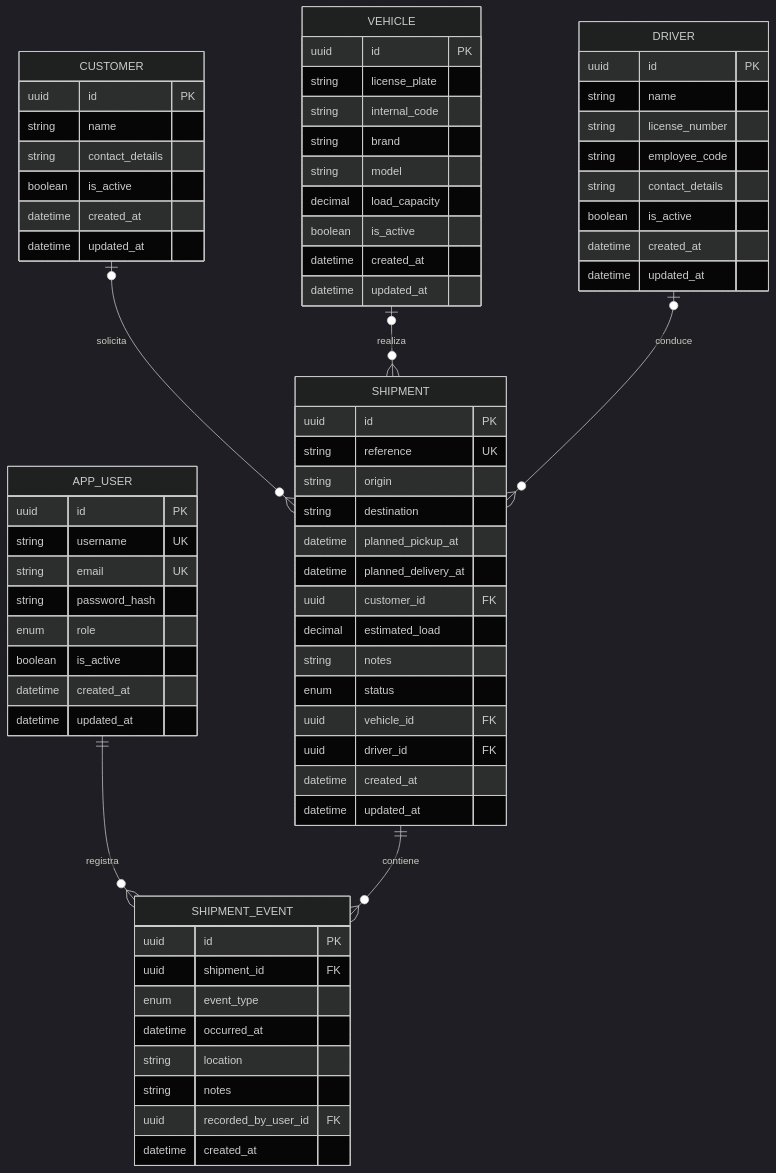
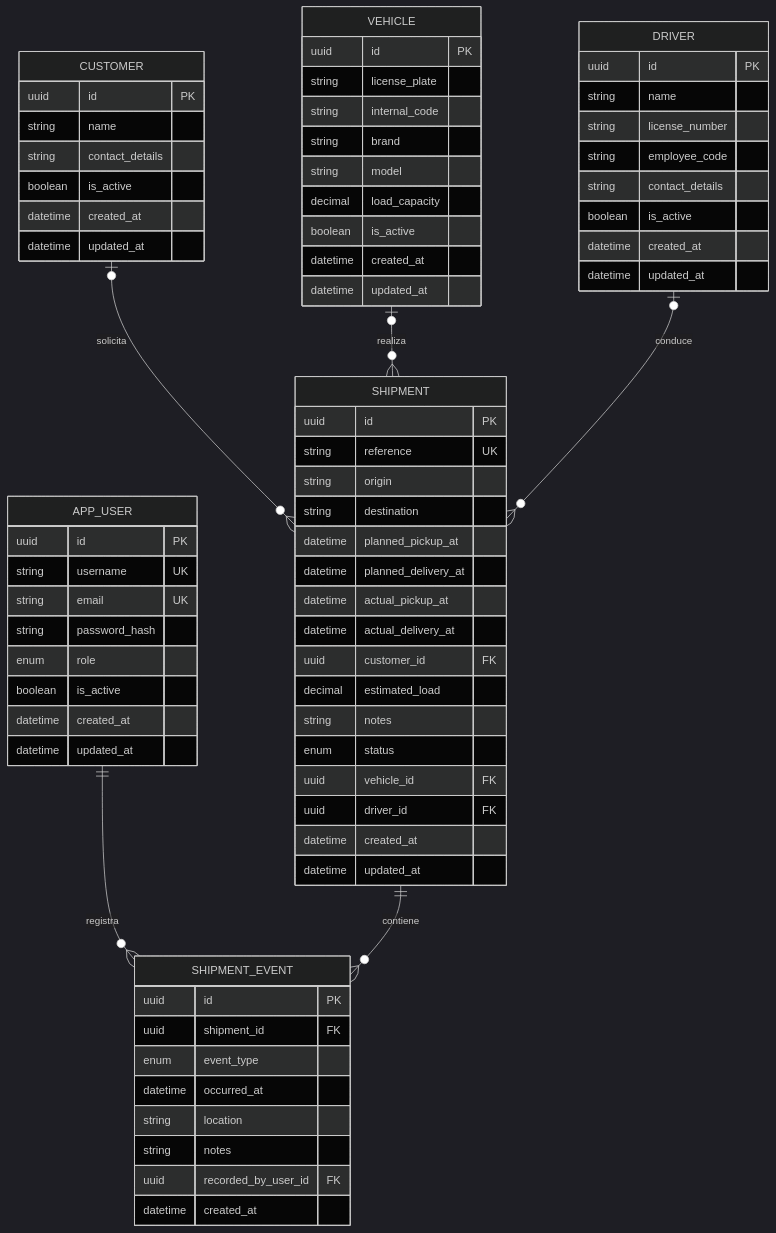
One commit to pey-45/TransitOps changed the diagram in docs/design/DataModel.md. Above: the diagram before and after it, drawn with Mermaid (dark theme). The commit also changed other lines of this file and 27 other files, not shown here.

````diff
--- a/docs/design/DataModel.md
+++ b/docs/design/DataModel.md
@@ -7,74 +7,76 @@
 ```mermaid
 erDiagram
     APP_USER ||--o{ SHIPMENT_EVENT : registra
     CUSTOMER o|--o{ SHIPMENT : solicita
     VEHICLE o|--o{ SHIPMENT : realiza
     DRIVER o|--o{ SHIPMENT : conduce
     SHIPMENT ||--o{ SHIPMENT_EVENT : contiene
 
     APP_USER {
       uuid id PK
       string username UK
       string email UK
       string password_hash
       enum role
       boolean is_active
       datetime created_at
       datetime updated_at
     }
     VEHICLE {
       uuid id PK
       string license_plate
       string internal_code
       string brand
       string model
       decimal load_capacity
       boolean is_active
       datetime created_at
       datetime updated_at
     }
     DRIVER {
       uuid id PK
       string name
       string license_number
       string employee_code
       string contact_details
       boolean is_active
       datetime created_at
       datetime updated_at
     }
     CUSTOMER {
       uuid id PK
       string name
       string contact_details
       boolean is_active
       datetime created_at
       datetime updated_at
     }
     SHIPMENT {
       uuid id PK
       string reference UK
       string origin
       string destination
       datetime planned_pickup_at
       datetime planned_delivery_at
+      datetime actual_pickup_at
+      datetime actual_delivery_at
       uuid customer_id FK
       decimal estimated_load
       string notes
       enum status
       uuid vehicle_id FK
       uuid driver_id FK
       datetime created_at
       datetime updated_at
     }
     SHIPMENT_EVENT {
       uuid id PK
       uuid shipment_id FK
       enum event_type
       datetime occurred_at
       string location
       string notes
       uuid recorded_by_user_id FK
       datetime created_at
     }
 ```
````
